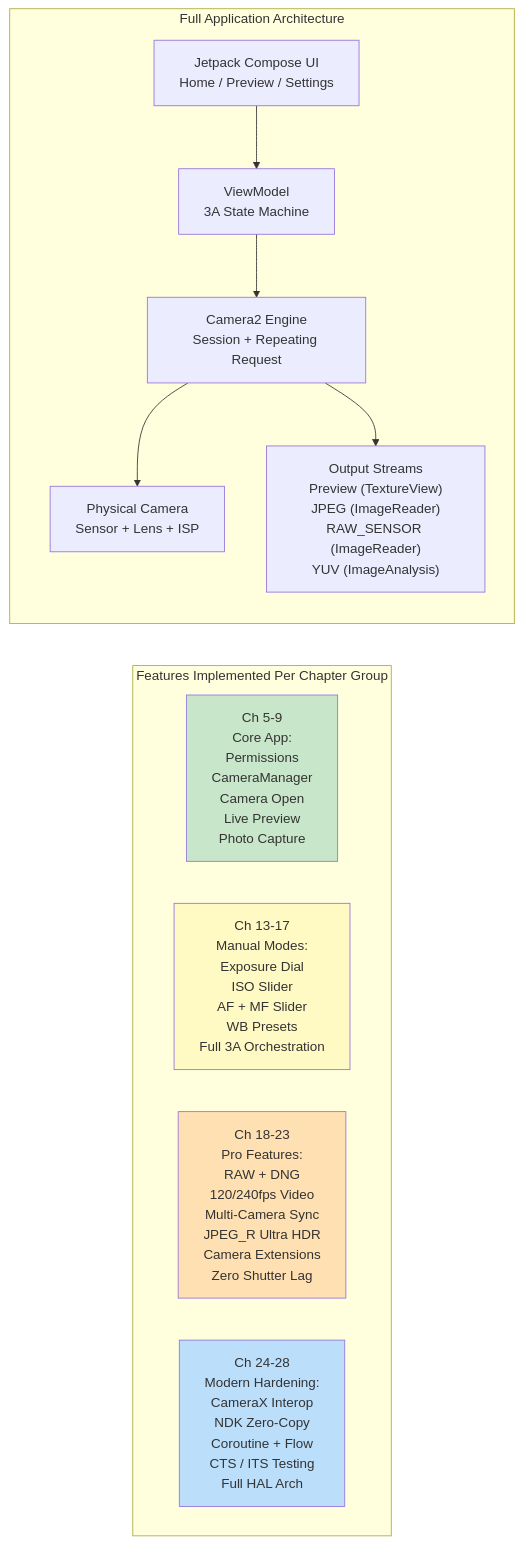
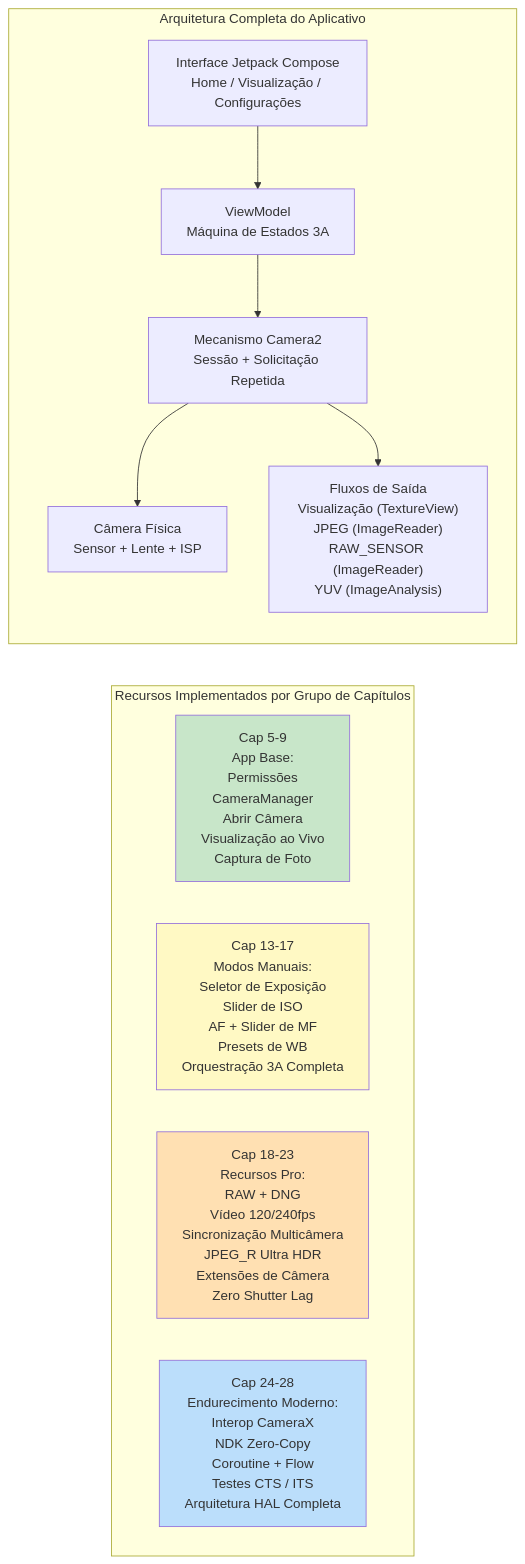
One commit to zoozooll/AndroidCameraParameters changed the second of 2 diagrams in website/i18n/pt-BR/docusaurus-plugin-content-docs/current/camera2/welcome-to-android-camera2.md. Above: the diagram before and after it, drawn with Mermaid. The commit also changed other lines of this file and 378 other files, not shown here.

````diff
--- a/website/i18n/pt-BR/docusaurus-plugin-content-docs/current/camera2/welcome-to-android-camera2.md
+++ b/website/i18n/pt-BR/docusaurus-plugin-content-docs/current/camera2/welcome-to-android-camera2.md
@@ -182,25 +182,25 @@
 ```mermaid
 flowchart TB
-    subgraph LAYERED ["Full Application Architecture"]
+    subgraph LAYERED ["Arquitetura Completa do Aplicativo"]
         direction TB
-        UI["Jetpack Compose UI\nHome / Preview / Settings"] --> VM["ViewModel\n3A State Machine"]
-        VM --> CAM["Camera2 Engine\nSession + Repeating Request"]
-        CAM --> HW["Physical Camera\nSensor + Lens + ISP"]
-        CAM --> OUT["Output Streams\nPreview (TextureView)\nJPEG (ImageReader)\nRAW_SENSOR (ImageReader)\nYUV (ImageAnalysis)"]
+        UI["Interface Jetpack Compose<br/>Home / Visualização / Configurações"] --> VM["ViewModel<br/>Máquina de Estados 3A"]
+        VM --> CAM["Mecanismo Camera2<br/>Sessão + Solicitação Repetida"]
+        CAM --> HW["Câmera Física<br/>Sensor + Lente + ISP"]
+        CAM --> OUT["Fluxos de Saída<br/>Visualização (TextureView)<br/>JPEG (ImageReader)<br/>RAW_SENSOR (ImageReader)<br/>YUV (ImageAnalysis)"]
     end
     
-    subgraph FEATURES ["Features Implemented Per Chapter Group"]
+    subgraph FEATURES ["Recursos Implementados por Grupo de Capítulos"]
         direction LR
-        P2["Ch 5-9\nCore App:\nPermissions\nCameraManager\nCamera Open\nLive Preview\nPhoto Capture"]
-        P4["Ch 13-17\nManual Modes:\nExposure Dial\nISO Slider\nAF + MF Slider\nWB Presets\nFull 3A Orchestration"]
-        P5["Ch 18-23\nPro Features:\nRAW + DNG\n120/240fps Video\nMulti-Camera Sync\nJPEG_R Ultra HDR\nCamera Extensions\nZero Shutter Lag"]
-        P6["Ch 24-28\nModern Hardening:\nCameraX Interop\nNDK Zero-Copy\nCoroutine + Flow\nCTS / ITS Testing\nFull HAL Arch"]
+        P2["Cap 5-9<br/>App Base:<br/>Permissões<br/>CameraManager<br/>Abrir Câmera<br/>Visualização ao Vivo<br/>Captura de Foto"]
+        P4["Cap 13-17<br/>Modos Manuais:<br/>Seletor de Exposição<br/>Slider de ISO<br/>AF + Slider de MF<br/>Presets de WB<br/>Orquestração 3A Completa"]
+        P5["Cap 18-23<br/>Recursos Pro:<br/>RAW + DNG<br/>Vídeo 120/240fps<br/>Sincronização Multicâmera<br/>JPEG_R Ultra HDR<br/>Extensões de Câmera<br/>Zero Shutter Lag"]
+        P6["Cap 24-28<br/>Endurecimento Moderno:<br/>Interop CameraX<br/>NDK Zero-Copy<br/>Coroutine + Flow<br/>Testes CTS / ITS<br/>Arquitetura HAL Completa"]
     end
     
     LAYERED ~~~ FEATURES
     
     style P2 fill:#C8E6C9
     style P4 fill:#FFF9C4
     style P5 fill:#FFE0B2
     style P6 fill:#BBDEFB
 ```
````
